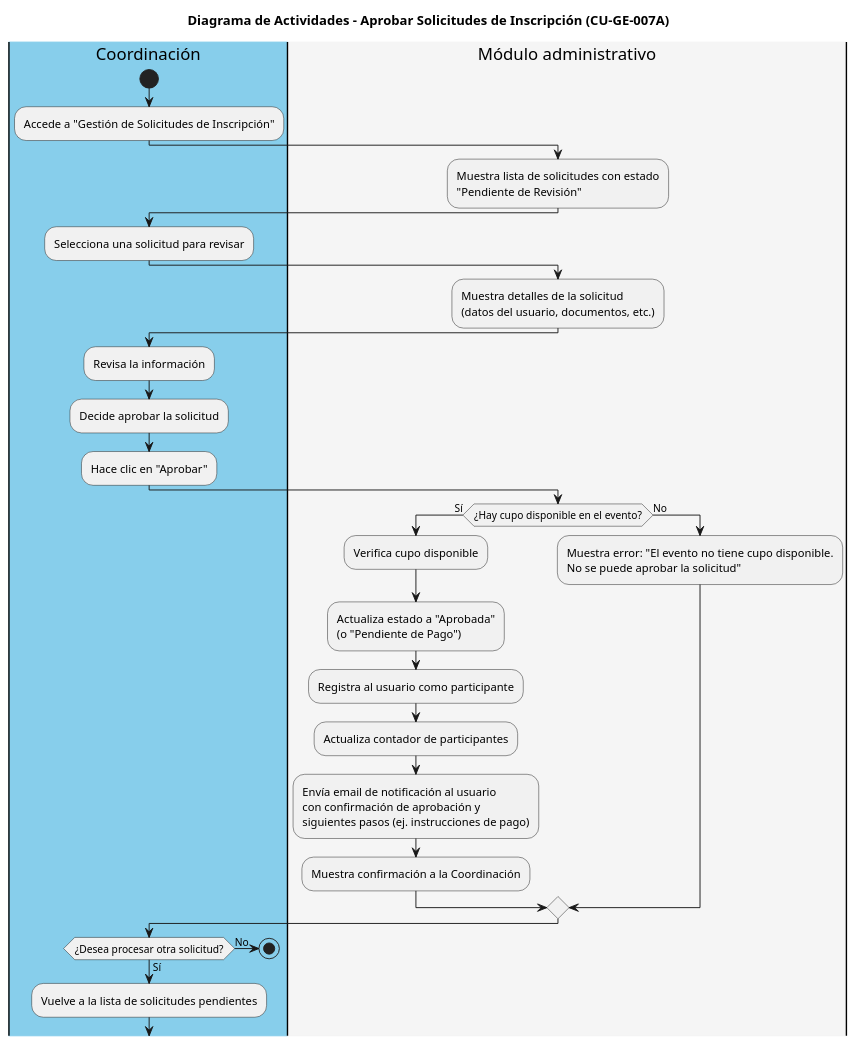
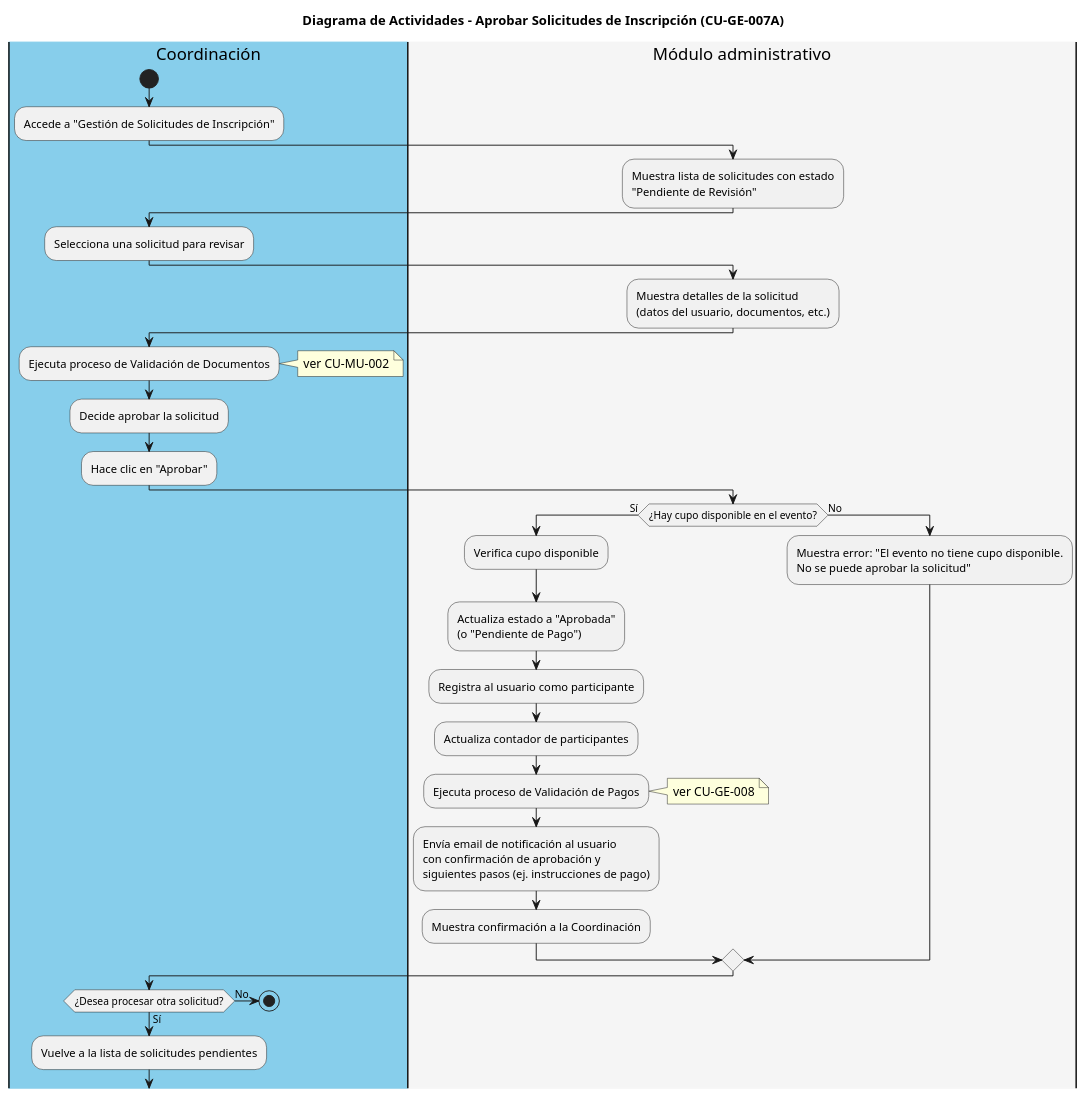
The diagram in code/CU-GE-007A_Aprobar_Inscripciones.puml (iKinoo/baby-salesforce-admin-module), drawn with PlantUML before and after one commit. The commit also changed 17 other files, not shown here.

```diff
--- a/code/CU-GE-007A_Aprobar_Inscripciones.puml
+++ b/code/CU-GE-007A_Aprobar_Inscripciones.puml
@@ -1,46 +1,49 @@
 @startuml
 title Diagrama de Actividades - Aprobar Solicitudes de Inscripción (CU-GE-007A)
 
 |#skyblue|Coordinación|
 start
 :Accede a "Gestión de Solicitudes de Inscripción";
 
 |#whitesmoke|Módulo administrativo|
 :Muestra lista de solicitudes con estado
 "Pendiente de Revisión";
 
 |#skyblue|Coordinación|
 :Selecciona una solicitud para revisar;
 
 |#whitesmoke|Módulo administrativo|
 :Muestra detalles de la solicitud
 (datos del usuario, documentos, etc.);
 
 |#skyblue|Coordinación|
-:Revisa la información;
+:Ejecuta proceso de Validación de Documentos;
+note right: ver CU-MU-002
 :Decide aprobar la solicitud;
 :Hace clic en "Aprobar";
 
 |#whitesmoke|Módulo administrativo|
 if (¿Hay cupo disponible en el evento?) then (Sí)
   :Verifica cupo disponible;
   :Actualiza estado a "Aprobada"
   (o "Pendiente de Pago");
   :Registra al usuario como participante;
   :Actualiza contador de participantes;
+  :Ejecuta proceso de Validación de Pagos;
+  note right: ver CU-GE-008
   :Envía email de notificación al usuario
   con confirmación de aprobación y
   siguientes pasos (ej. instrucciones de pago);
   :Muestra confirmación a la Coordinación;
 else (No)
   :Muestra error: "El evento no tiene cupo disponible.
   No se puede aprobar la solicitud";
 endif
 
 |#skyblue|Coordinación|
 if (¿Desea procesar otra solicitud?) then (Sí)
   :Vuelve a la lista de solicitudes pendientes;
 else (No)
   stop
 endif
 @enduml
```
